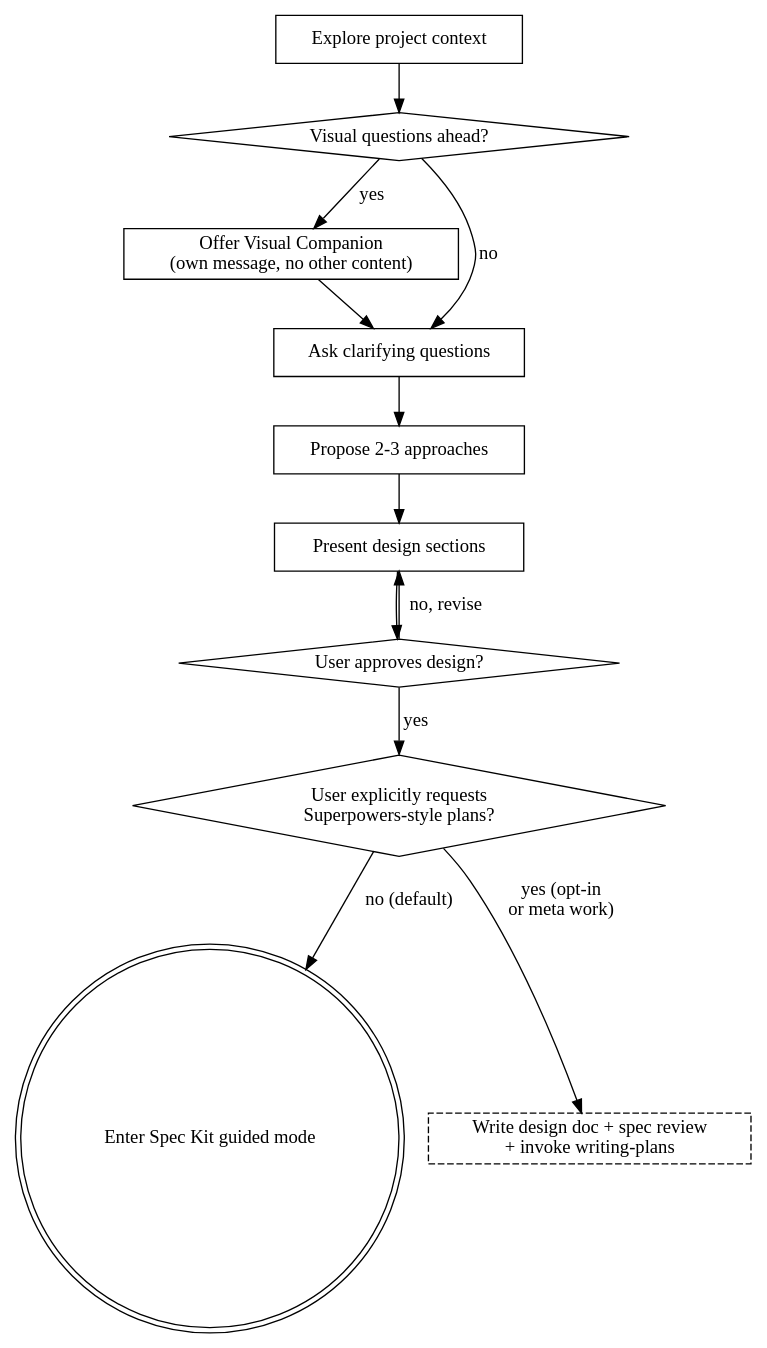
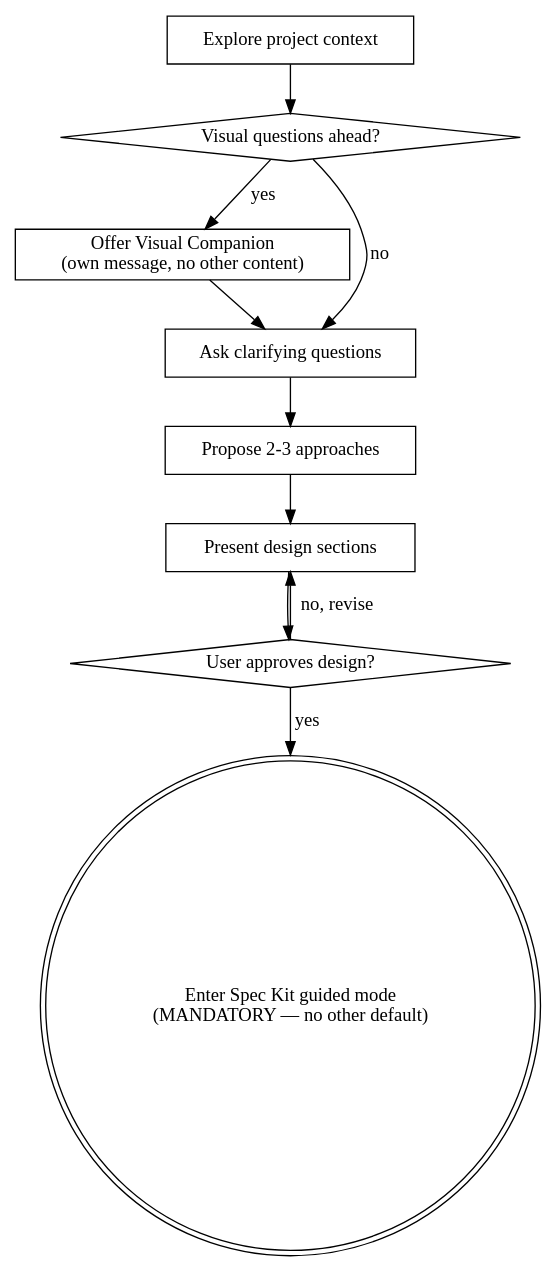
One commit to HashKeyChain/HSK-Superpowers changed the diagram in skills/brainstorming/SKILL.md. Above: the diagram before and after it, drawn with Graphviz. The commit also changed other lines of this file and 2 other files, not shown here.

First line of the commit message:
fix: enforce Spec Kit flow with hard gates, verification, and feedback loop

````diff
--- a/skills/brainstorming/SKILL.md
+++ b/skills/brainstorming/SKILL.md
@@ -46,26 +56,22 @@
 ```dot
 digraph brainstorming {
     "Explore project context" [shape=box];
     "Visual questions ahead?" [shape=diamond];
     "Offer Visual Companion\n(own message, no other content)" [shape=box];
     "Ask clarifying questions" [shape=box];
     "Propose 2-3 approaches" [shape=box];
     "Present design sections" [shape=box];
     "User approves design?" [shape=diamond];
-    "Enter Spec Kit guided mode" [shape=doublecircle];
-    "User explicitly requests\nSuperpowers-style plans?" [shape=diamond];
-    "Write design doc + spec review\n+ invoke writing-plans" [shape=box style=dashed];
+    "Enter Spec Kit guided mode\n(MANDATORY — no other default)" [shape=doublecircle];
 
     "Explore project context" -> "Visual questions ahead?";
     "Visual questions ahead?" -> "Offer Visual Companion\n(own message, no other content)" [label="yes"];
     "Visual questions ahead?" -> "Ask clarifying questions" [label="no"];
     "Offer Visual Companion\n(own message, no other content)" -> "Ask clarifying questions";
     "Ask clarifying questions" -> "Propose 2-3 approaches";
     "Propose 2-3 approaches" -> "Present design sections";
     "Present design sections" -> "User approves design?";
     "User approves design?" -> "Present design sections" [label="no, revise"];
-    "User approves design?" -> "User explicitly requests\nSuperpowers-style plans?" [label="yes"];
-    "User explicitly requests\nSuperpowers-style plans?" -> "Write design doc + spec review\n+ invoke writing-plans" [label="yes (opt-in\nor meta work)"];
-    "User explicitly requests\nSuperpowers-style plans?" -> "Enter Spec Kit guided mode" [label="no (default)"];
+    "User approves design?" -> "Enter Spec Kit guided mode\n(MANDATORY — no other default)" [label="yes"];
 }
 ```
````
